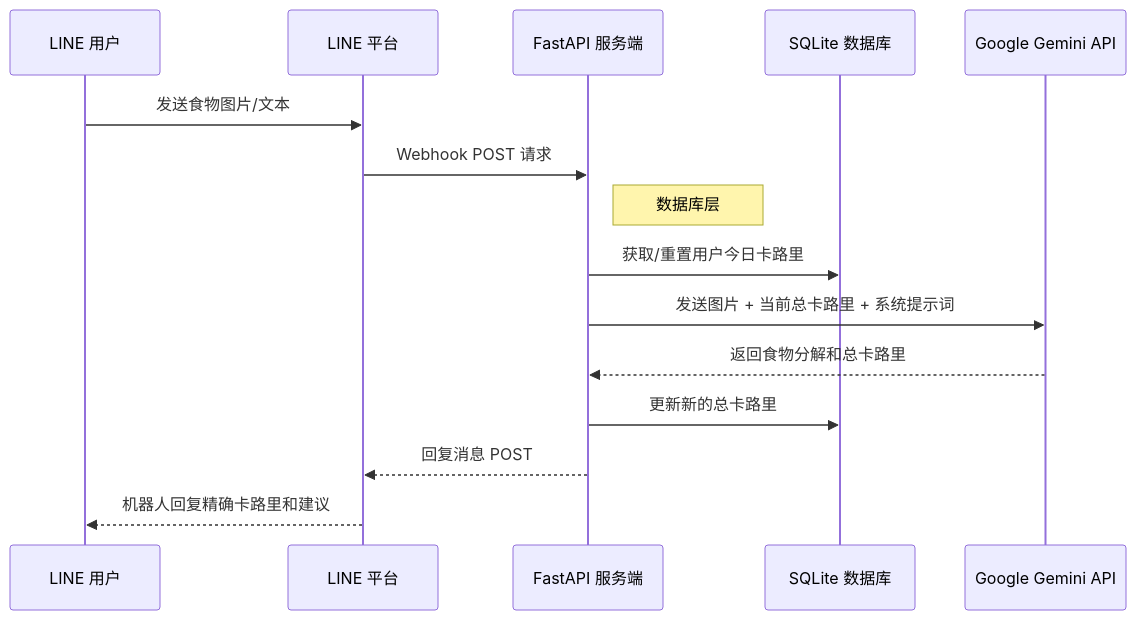
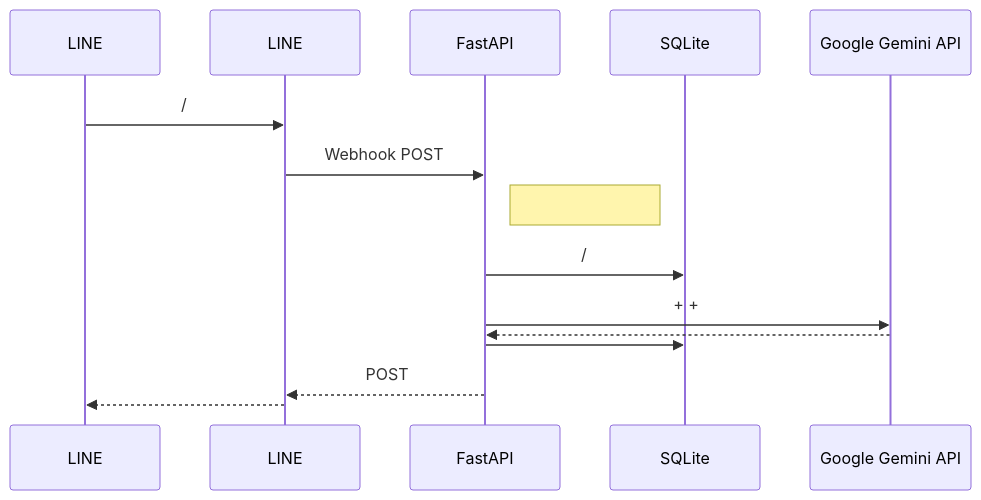
Before and after one commit to welltilln/howmanycals: the diagram in docs/README-ZH.md, drawn with Mermaid. The commit also changed other lines of this file and 5 other files, not shown here.

````diff
--- a/docs/README-ZH.md
+++ b/docs/README-ZH.md
@@ -50,18 +50,18 @@
 ```mermaid
 sequenceDiagram
-    participant User as LINE 用户
-    participant LINE as LINE 平台
-    participant App as FastAPI 服务端
-    participant DB as SQLite 数据库
+    participant User as LINE 
+    participant LINE as LINE 
+    participant App as FastAPI 
+    participant DB as SQLite 
     participant Gemini as Google Gemini API
 
-    User->>LINE: 发送食物图片/文本
-    LINE->>App: Webhook POST 请求
-    Note right of App: 数据库层
-    App->>DB: 获取/重置用户今日卡路里
-    App->>Gemini: 发送图片 + 当前总卡路里 + 系统提示词
-    Gemini-->>App: 返回食物分解和总卡路里
-    App->>DB: 更新新的总卡路里
-    App-->>LINE: 回复消息 POST
-    LINE-->>User: 机器人回复精确卡路里和建议
+    User->>LINE: /
+    LINE->>App: Webhook POST 
+    Note right of App: 
+    App->>DB: /
+    App->>Gemini:  +  + 
+    Gemini-->>App: 
+    App->>DB: 
+    App-->>LINE:  POST
+    LINE-->>User: 
 ```
````
